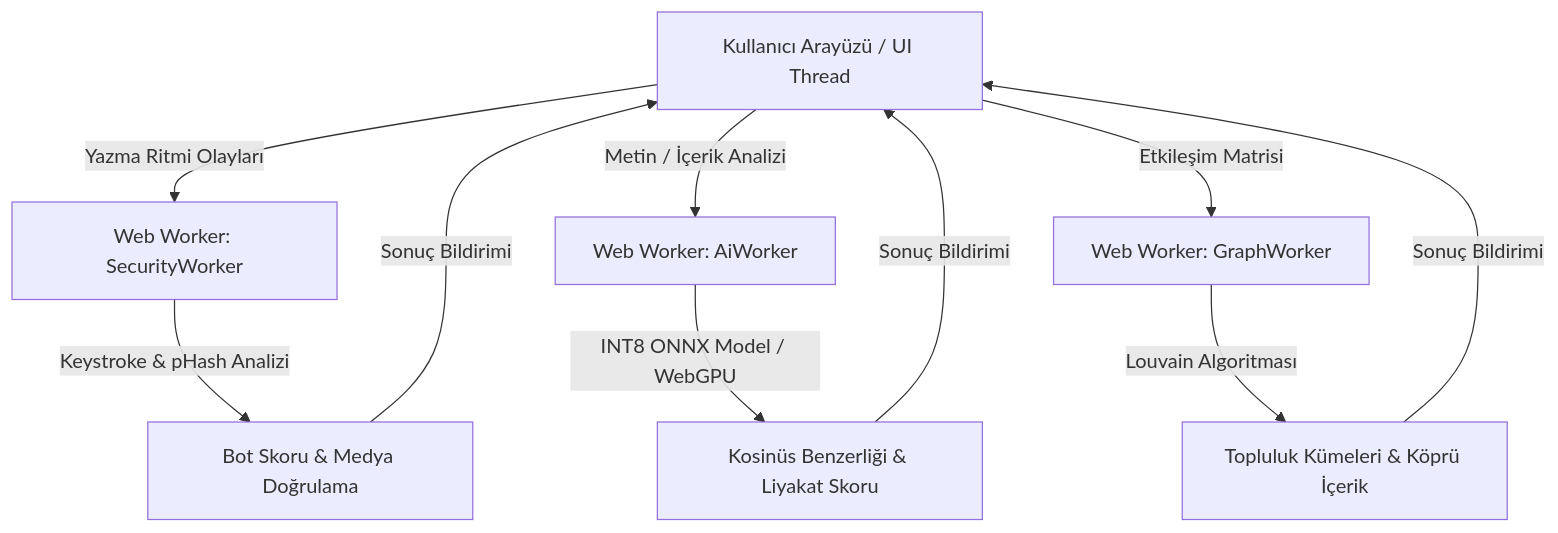
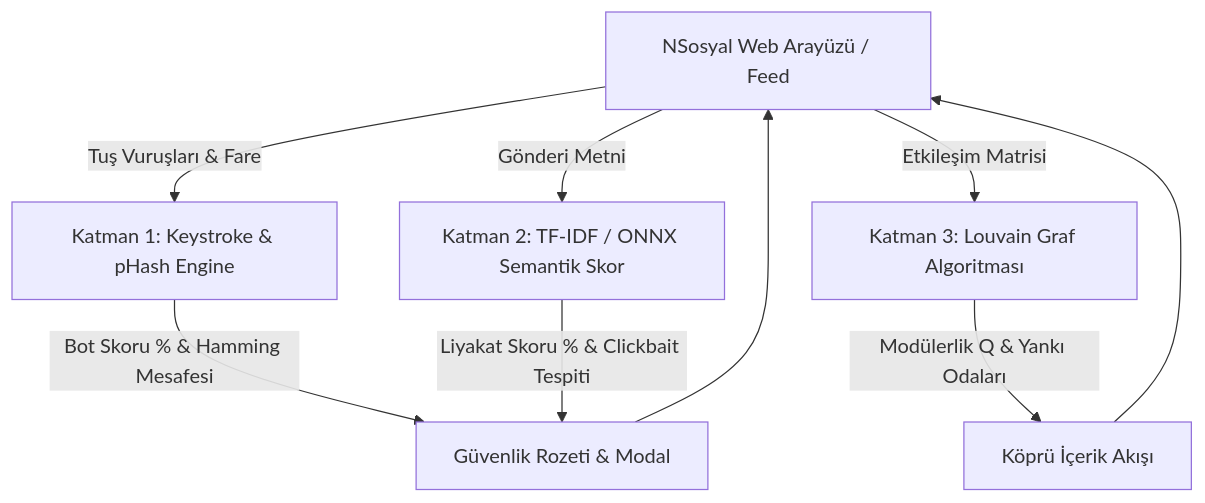
The diagram in README.md (yazilimcimumin/sentez), drawn with Mermaid before and after one commit. The commit also changed other lines of this file and 1 other file, not shown here.

Commit message:
docs(readme): update architecture diagram, NSosyal context, limitations, and test guide

````diff
--- a/README.md
+++ b/README.md
@@ -46,14 +32,13 @@
 ```mermaid
 graph TD
-    A[Kullanıcı Arayüzü / UI Thread] -->|Yazma Ritmi Olayları| B[Web Worker: SecurityWorker]
-    A -->|Metin / İçerik Analizi| C[Web Worker: AiWorker]
-    A -->|Etkileşim Matrisi| D[Web Worker: GraphWorker]
+    UI[NSosyal Web Arayüzü / Feed] -->|Tuş Vuruşları & Fare| K[Katman 1: Keystroke & pHash Engine]
+    UI -->|Gönderi Metni| S[Katman 2: TF-IDF / ONNX Semantik Skor]
+    UI -->|Etkileşim Matrisi| G[Katman 3: Louvain Graf Algoritması]
     
-    B -->|Keystroke & pHash Analizi| B1[Bot Skoru & Medya Doğrulama]
-    C -->|INT8 ONNX Model / WebGPU| C1[Kosinüs Benzerliği & Liyakat Skoru]
-    D -->|Louvain Algoritması| D1[Topluluk Kümeleri & Köprü İçerik]
+    K -->|Bot Skoru % & Hamming Mesafesi| B[Güvenlik Rozeti & Modal]
+    S -->|Liyakat Skoru % & Clickbait Tespiti| B
+    G -->|Modülerlik Q & Yankı Odaları| C[Köprü İçerik Akışı]
     
-    B1 -->|Sonuç Bildirimi| A
-    C1 -->|Sonuç Bildirimi| A
-    D1 -->|Sonuç Bildirimi| A
+    B --> UI
+    C --> UI
 ```
````
